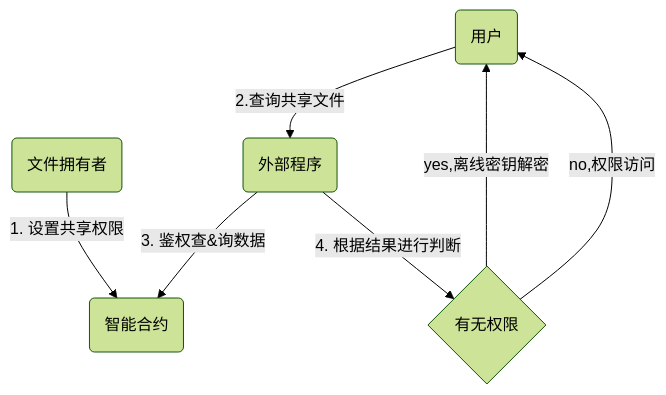
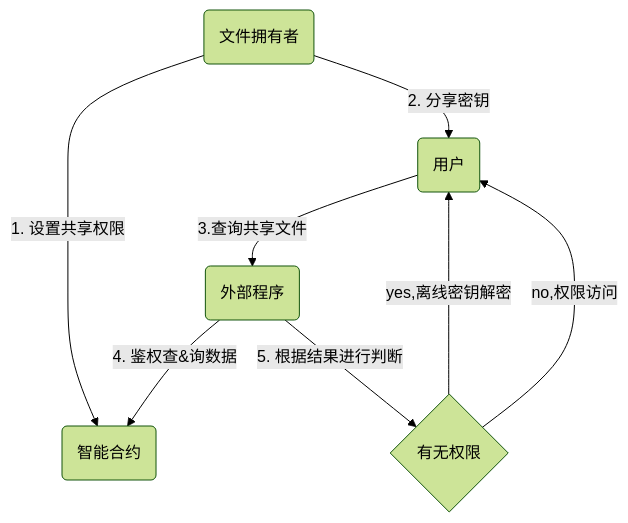
The fourth of 5 diagrams in doc/合约存取共享.md (MoyunRz/store-data), drawn with Mermaid (forest theme) before and after one commit. The commit also changed other lines of this file, not shown here.

Commit message:
修改流程图解释

````diff
--- a/doc/合约存取共享.md
+++ b/doc/合约存取共享.md
@@ -87,10 +87,11 @@
 ```mermaid
 graph TD;
     A(文件拥有者) -->|1. 设置共享权限| B(智能合约)
-    C(用户) -->| 2.查询共享文件| E(外部程序)
-    E -->|3. 鉴权查&询数据| B(智能合约)
-    E -->|4. 根据结果进行判断| F{有无权限}
+    A(文件拥有者) -->|2. 分享密钥| C(用户)
+    C(用户) -->| 3.查询共享文件| E(外部程序)
+    E -->|4. 鉴权查&询数据| B(智能合约)
+    E -->|5. 根据结果进行判断| F{有无权限}
     F -->|yes,离线密钥解密| C
     F -->|no,权限访问| C
 
 ```
````
